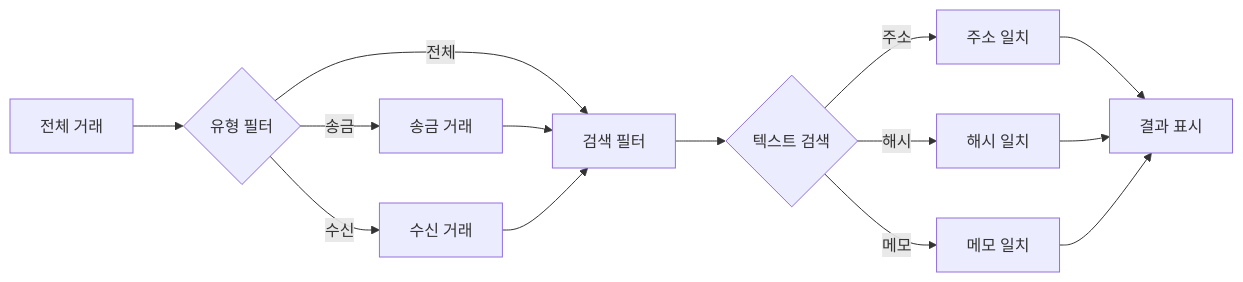
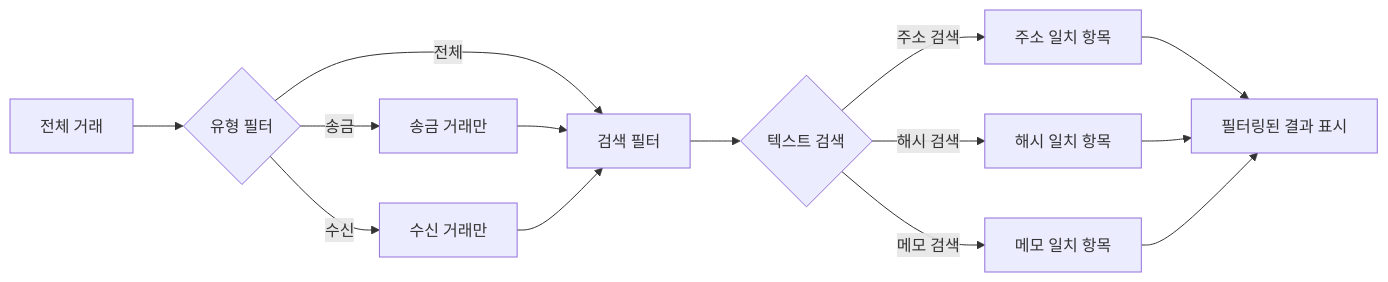
One commit to HyeonHo-Park/cardano-basic-dapp-1 changed the fifth of 7 diagrams in docs/transaction-sequence.md. Above: the diagram before and after it, drawn with Mermaid. The commit also changed other lines of this file and 30 other files, not shown here.

````diff
--- a/docs/transaction-sequence.md
+++ b/docs/transaction-sequence.md
@@ -70,19 +113,19 @@
 ```mermaid
 flowchart LR
     AllTx[전체 거래] --> TypeFilter{유형 필터}
-    TypeFilter -->|송금| SentTx[송금 거래]
-    TypeFilter -->|수신| ReceivedTx[수신 거래]
-    TypeFilter -->|전체| SearchFilter
+    TypeFilter -->|송금| SentTx[송금 거래만]
+    TypeFilter -->|수신| ReceivedTx[수신 거래만]
+    TypeFilter -->|전체| SearchFilter[검색 필터]
 
-    SentTx --> SearchFilter[검색 필터]
+    SentTx --> SearchFilter
     ReceivedTx --> SearchFilter
 
     SearchFilter --> TextSearch{텍스트 검색}
-    TextSearch -->|주소| AddressMatch[주소 일치]
-    TextSearch -->|해시| HashMatch[해시 일치]
-    TextSearch -->|메모| MemoMatch[메모 일치]
+    TextSearch -->|주소 검색| AddressMatch[주소 일치 항목]
+    TextSearch -->|해시 검색| HashMatch[해시 일치 항목]
+    TextSearch -->|메모 검색| MemoMatch[메모 일치 항목]
 
-    AddressMatch --> DisplayResult[결과 표시]
+    AddressMatch --> DisplayResult[필터링된 결과 표시]
     HashMatch --> DisplayResult
     MemoMatch --> DisplayResult
 ```
````
